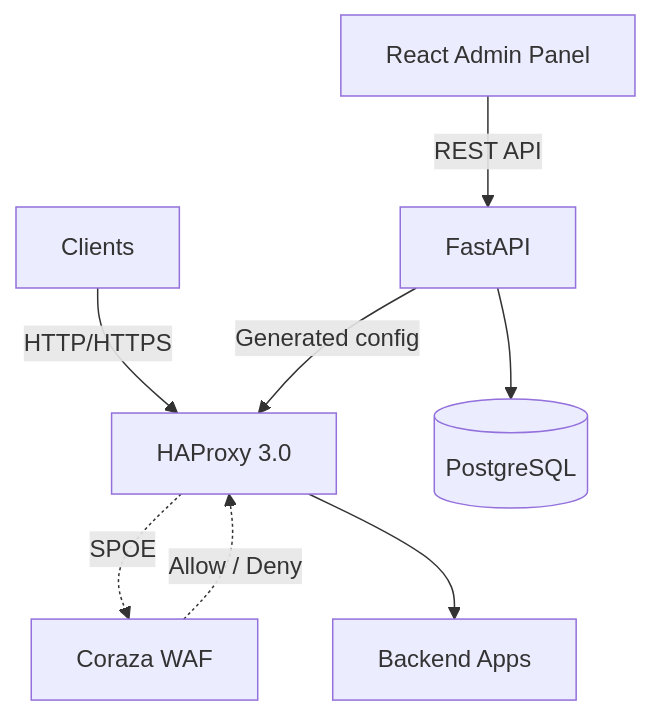
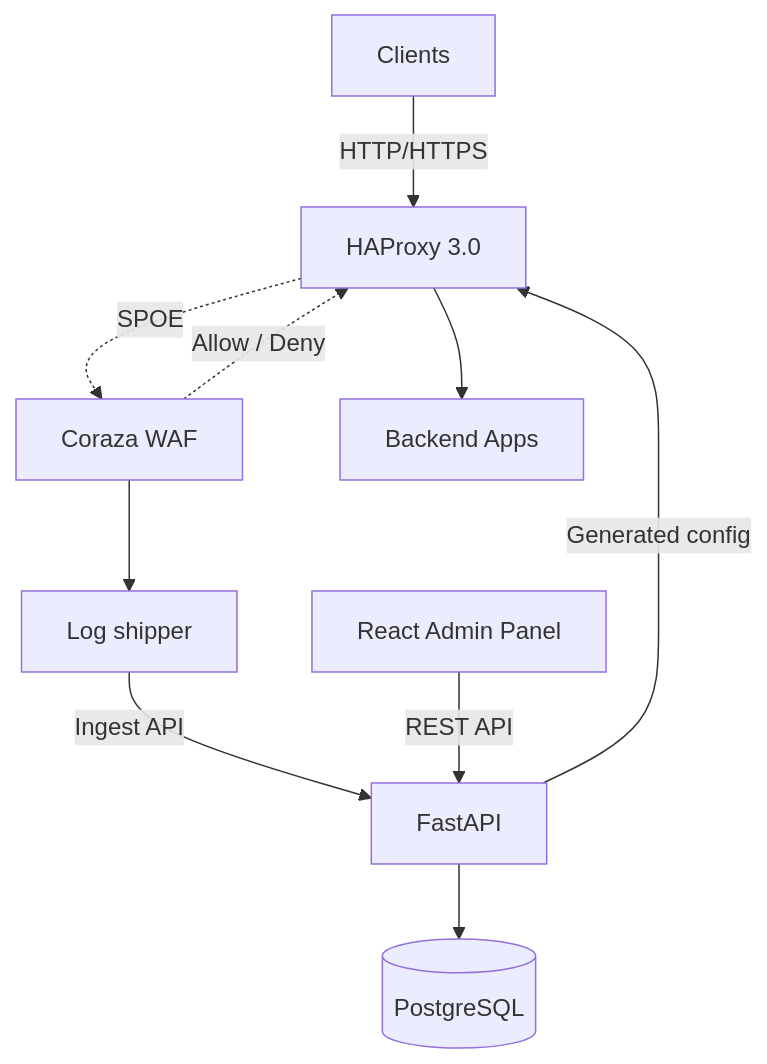
The diagram in README.md (bihius/guard-proxy), drawn with Mermaid before and after one commit. The commit also changed other lines of this file and 5 other files, not shown here.

````diff
--- a/README.md
+++ b/README.md
@@ -13,11 +23,13 @@
 ```mermaid
 graph TB
     C[Clients] -->|HTTP/HTTPS| H[HAProxy 3.0]
     H -.->|SPOE| CS[Coraza WAF]
     CS -.->|Allow / Deny| H
     H --> APP[Backend Apps]
+    CS --> LS[Log shipper]
+    LS -->|Ingest API| BE
 
     FE[React Admin Panel] -->|REST API| BE[FastAPI]
     BE -->|Generated config| H
     BE --> DB[(PostgreSQL)]
 ```
````
